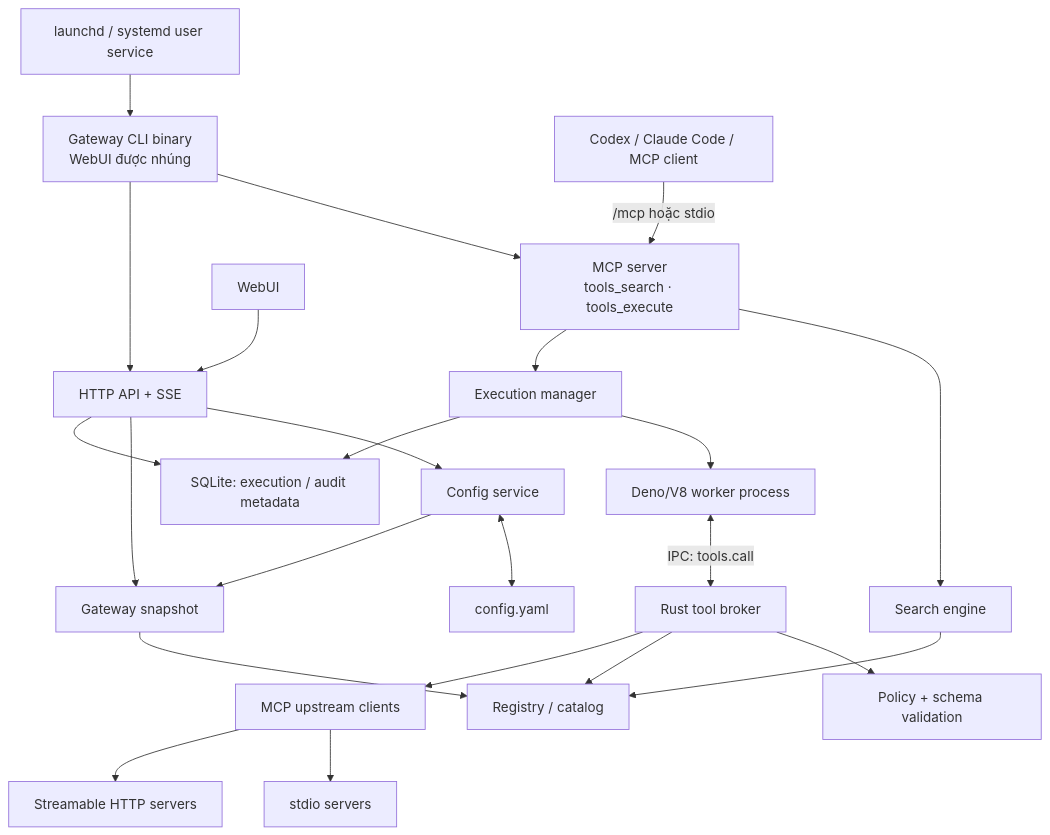
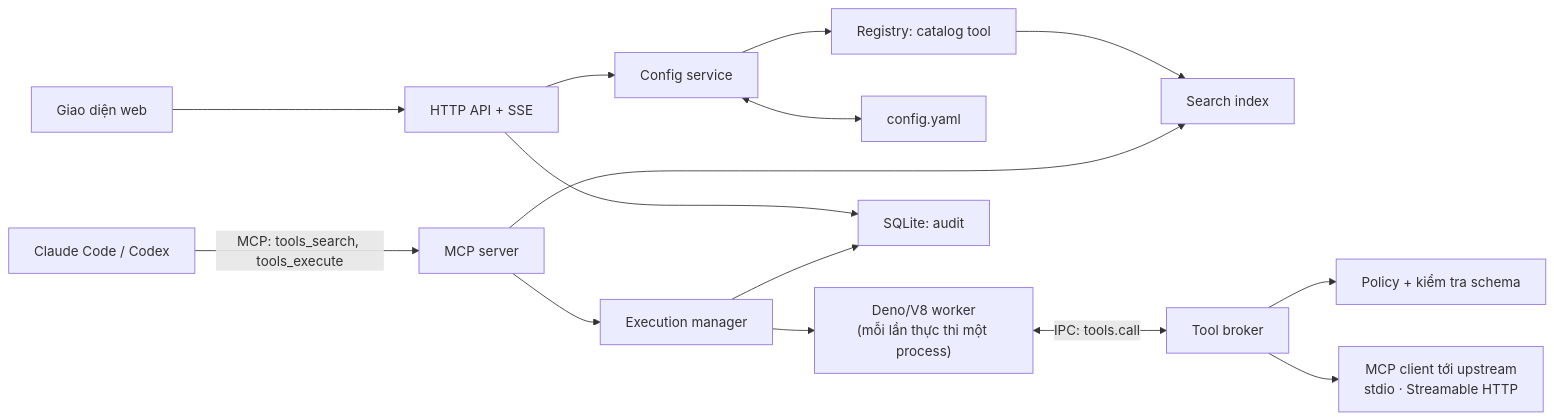
Before and after one commit to gnoah1379/codemode-mcp-gateway: the diagram in README.md, drawn with Mermaid. The commit also changed other lines of this file and 82 other files, not shown here.

````diff
--- a/README.md
+++ b/README.md
@@ -184,29 +381,18 @@
 ```mermaid
-flowchart TB
-    Service["launchd / systemd user service"] --> Gateway["Gateway CLI binary<br/>WebUI được nhúng"]
-    Gateway --> MCP
-    Gateway --> API
-    Client["Codex / Claude Code / MCP client"] -->|"/mcp hoặc stdio"| MCP["MCP server<br/>tools_search · tools_execute"]
-    Browser["WebUI"] --> API["HTTP API + SSE"]
+flowchart LR
+    Agent["Claude Code / Codex"] -->|"MCP: tools_search, tools_execute"| MCP["MCP server"]
+    Browser["Giao diện web"] --> API["HTTP API + SSE"]
 
-    API --> Config["Config service"]
-    Config <--> YAML["config.yaml"]
-    Config --> Snapshot["Gateway snapshot"]
-    API --> Snapshot
+    MCP --> Search["Search index"]
+    MCP --> Manager["Execution manager"]
+    Manager --> Worker["Deno/V8 worker<br/>(mỗi lần thực thi một process)"]
+    Worker <-->|"IPC: tools.call"| Broker["Tool broker"]
+    Broker --> Policy["Policy + kiểm tra schema"]
+    Broker --> Upstreams["MCP client tới upstream<br/>stdio · Streamable HTTP"]
 
-    MCP --> Search["Search engine"]
-    Search --> Registry["Registry / catalog"]
-    Snapshot --> Registry
-
-    MCP --> Manager["Execution manager"]
-    Manager --> Worker["Deno/V8 worker process"]
-    Worker <-->|"IPC: tools.call"| Broker["Rust tool broker"]
-    Broker --> Policy["Policy + schema validation"]
-    Broker --> Registry
-    Broker --> Upstream["MCP upstream clients"]
-    Upstream --> Stdio["stdio servers"]
-    Upstream --> HTTP["Streamable HTTP servers"]
-
-    Manager --> Audit["SQLite: execution / audit metadata"]
+    API --> Config["Config service"] <--> YAML["config.yaml"]
+    Config --> Registry["Registry: catalog tool"]
+    Registry --> Search
+    Manager --> Audit["SQLite: audit"]
     API --> Audit
 ```
````
